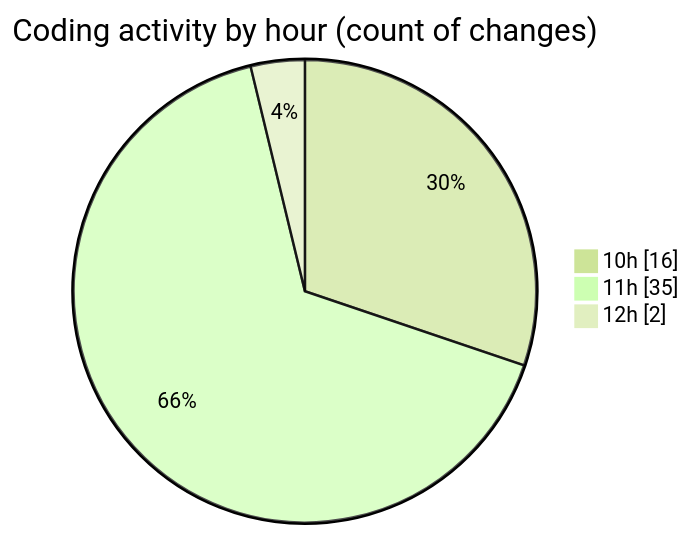
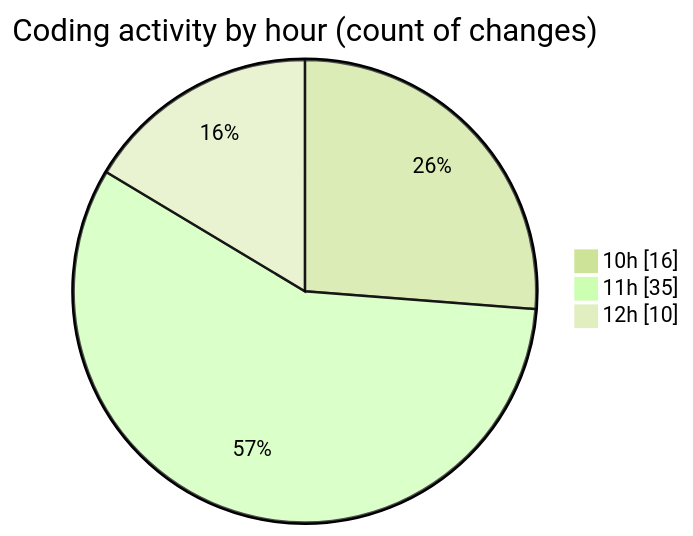
One commit to charlie-sans/code-tracking changed the second of 2 diagrams in 2025-02-20/micros/README.md. Above: the diagram before and after it, drawn with Mermaid (forest theme). The commit also changed other lines of this file and 1 other file, not shown here.

````diff
--- a/2025-02-20/micros/README.md
+++ b/2025-02-20/micros/README.md
@@ -48,7 +48,7 @@
 ```mermaid
 pie showData
 title Coding activity by hour (count of changes)
 "10h" : 16
 "11h" : 35
-"12h" : 2
+"12h" : 10
 ```
````
